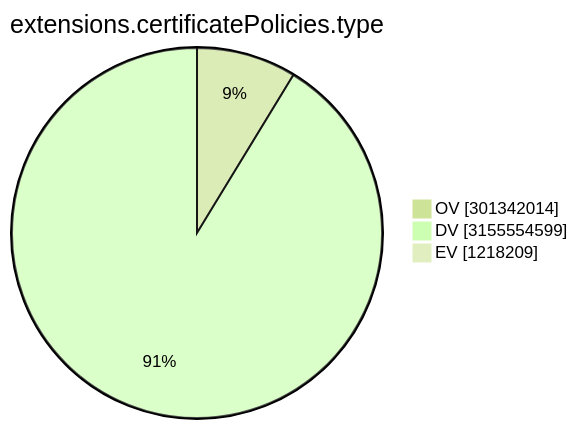
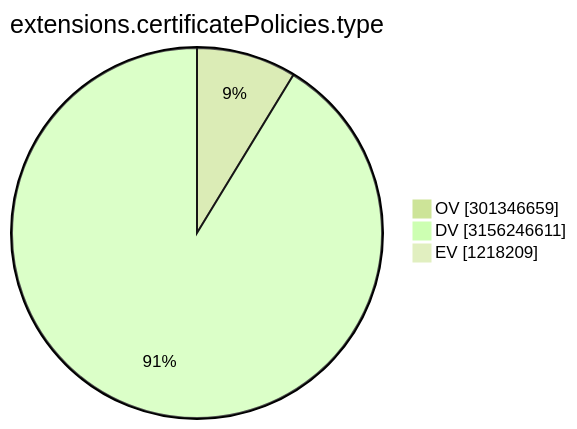
The ninth of 15 diagrams in TOTAL/README.md (christiankrug/ctmonitor_visualization), drawn with Mermaid (forest theme) before and after one commit. The commit also changed other lines of this file, not shown here.

````diff
--- a/TOTAL/README.md
+++ b/TOTAL/README.md
@@ -3105,7 +3105,7 @@
 ```mermaid
 pie showData
 title extensions.certificatePolicies.type
-"OV" :301342014
-"DV" :3155554599
+"OV" :301346659
+"DV" :3156246611
 "EV" :1218209
 ```
````
